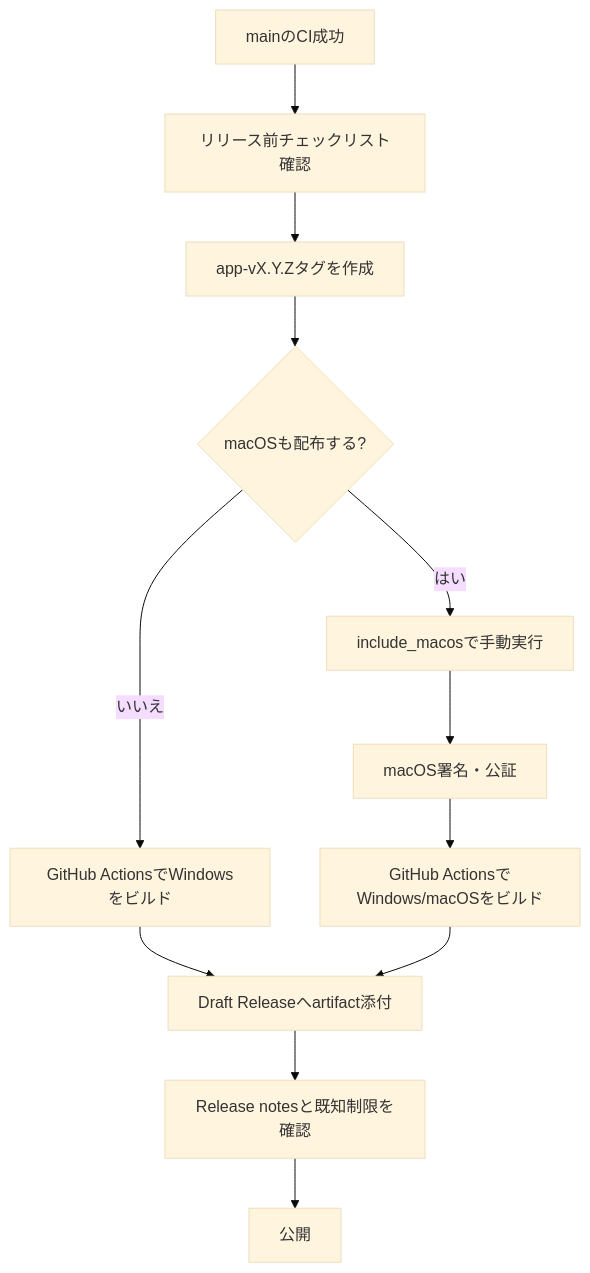
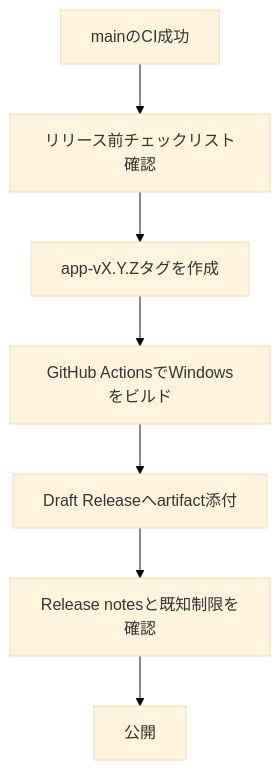
Before and after one commit to yt-hsgw/TaskTimer: the diagram in docs/public-operations.md, drawn with Mermaid (base theme). The commit also changed other lines of this file and 7 other files, not shown here.

````diff
--- a/docs/public-operations.md
+++ b/docs/public-operations.md
@@ -41,14 +40,9 @@
 ```mermaid
 flowchart TD
     A["mainのCI成功"] --> B["リリース前チェックリスト確認"]
     B --> C["app-vX.Y.Zタグを作成"]
-    C --> D{"macOSも配布する?"}
-    D -->|いいえ| E["GitHub ActionsでWindowsをビルド"]
-    D -->|はい| F["include_macosで手動実行"]
-    F --> G["macOS署名・公証"]
-    G --> H["GitHub ActionsでWindows/macOSをビルド"]
-    E --> I["Draft Releaseへartifact添付"]
-    H --> I
-    I --> J["Release notesと既知制限を確認"]
-    J --> K["公開"]
+    C --> D["GitHub ActionsでWindowsをビルド"]
+    D --> E["Draft Releaseへartifact添付"]
+    E --> F["Release notesと既知制限を確認"]
+    F --> G["公開"]
 ```
````
